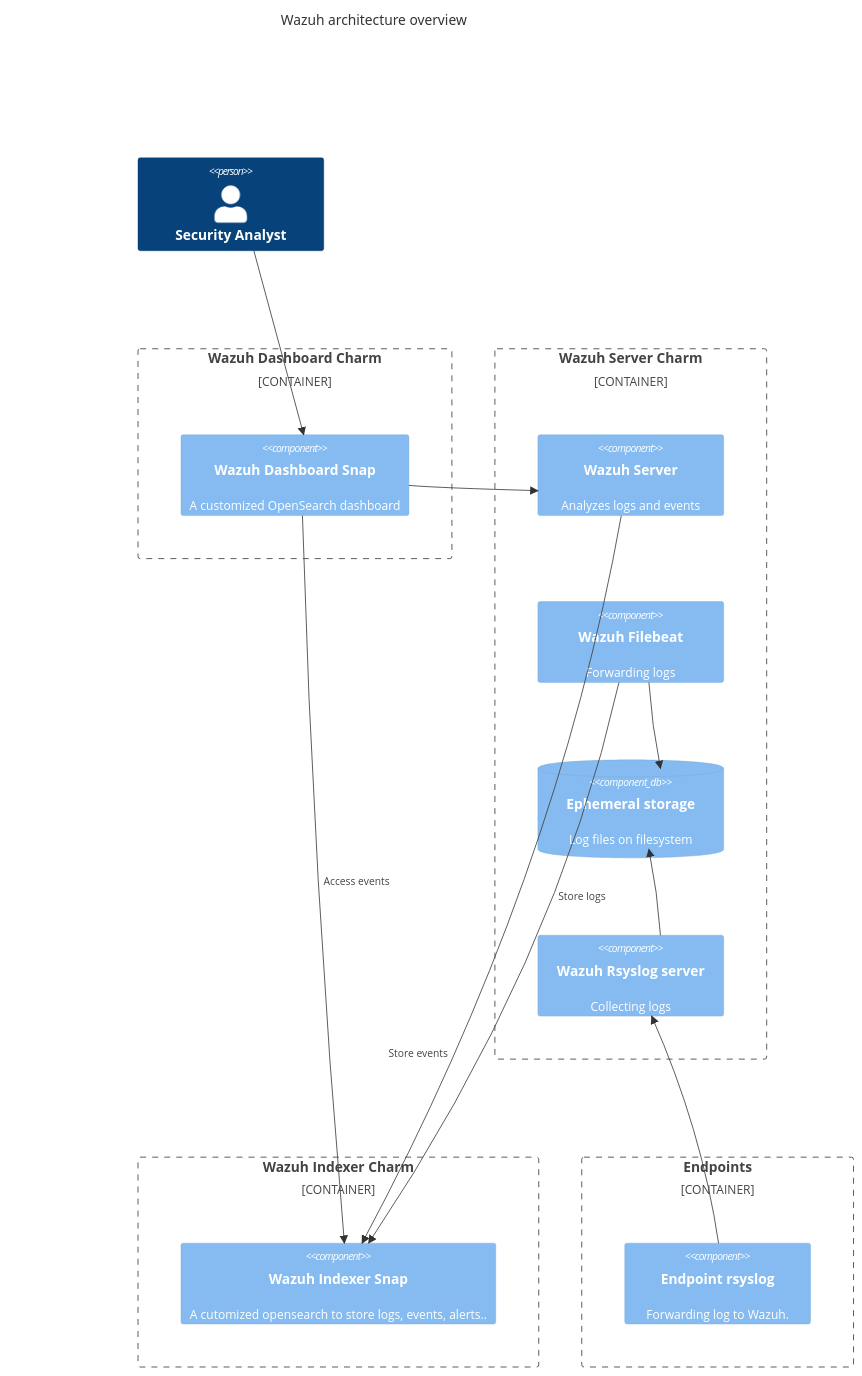
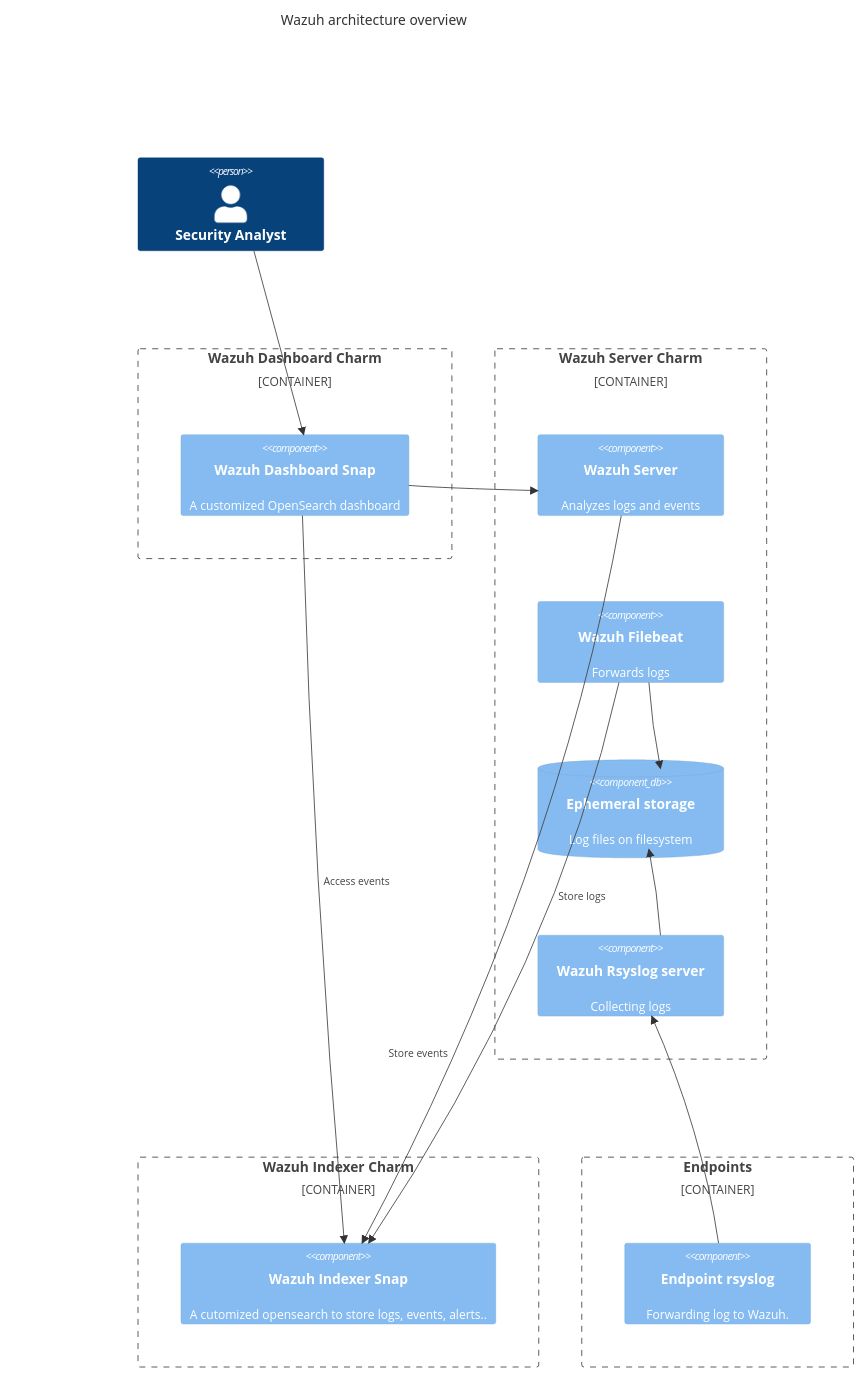
One commit to canonical/wazuh-server-operator changed the diagram in docs/explanation/architecture-overview.md. Above: the diagram before and after it, drawn with Mermaid.

````diff
--- a/docs/explanation/architecture-overview.md
+++ b/docs/explanation/architecture-overview.md
@@ -8,42 +8,42 @@
 ```mermaid
 C4Context
 title Wazuh architecture overview
 
 Person(security-analyst, "Security Analyst", "")
 Rel(security-analyst, wazuh-dashboard, "")
 
 Container_Boundary(wazuh-dashboard, "Wazuh Dashboard Charm") {
     Component(wazuh-dashboard, "Wazuh Dashboard Snap", "","A customized OpenSearch dashboard")
 }
 
 
 Container_Boundary(synapse, "Wazuh Server Charm") {
   Component(wazuh-server, "Wazuh Server", "", "Analyzes logs and events")
-  Component(wazuh-filebeat, "Wazuh Filebeat", "", "Forwarding logs")
+  Component(wazuh-filebeat, "Wazuh Filebeat", "", "Forwards logs")
   ComponentDb(filesystem, "Ephemeral storage", "", "Log files on filesystem")
   Component(wazuh-rsyslog, "Wazuh Rsyslog server", "", "Collecting logs")
   Rel(wazuh-rsyslog, filesystem,"")
   Rel(wazuh-filebeat, filesystem,"")
 }
 Rel(wazuh-filebeat, wazuh-indexer,"Store logs")
 
 Container_Boundary(wazuh-indexer, "Wazuh Indexer Charm") {
     Component(wazuh-indexer, "Wazuh Indexer Snap", "","A cutomized opensearch to store logs, events, alerts..")
 }
 
 
 Container_Boundary(endpoints, "Endpoints") {
     Component(endpoint-rsyslog, "Endpoint rsyslog", "","Forwarding log to Wazuh.")
 }
 
 
 Rel(wazuh-server, wazuh-indexer, "Store events")
 Rel(wazuh-dashboard, wazuh-indexer, "Access events")
 Rel(wazuh-dashboard, wazuh-server, "")
 Rel(endpoint-rsyslog, wazuh-rsyslog, "")
 
 UpdateRelStyle(wazuh-server, wazuh-indexer, $offsetX="-120", $offsetY="200")
 UpdateRelStyle(wazuh-filebeat, wazuh-indexer, $offsetX="75", $offsetY="-80")
 
 UpdateLayoutConfig($c4ShapeInRow="2", $c4BoundaryInRow="2")
 ```
````
